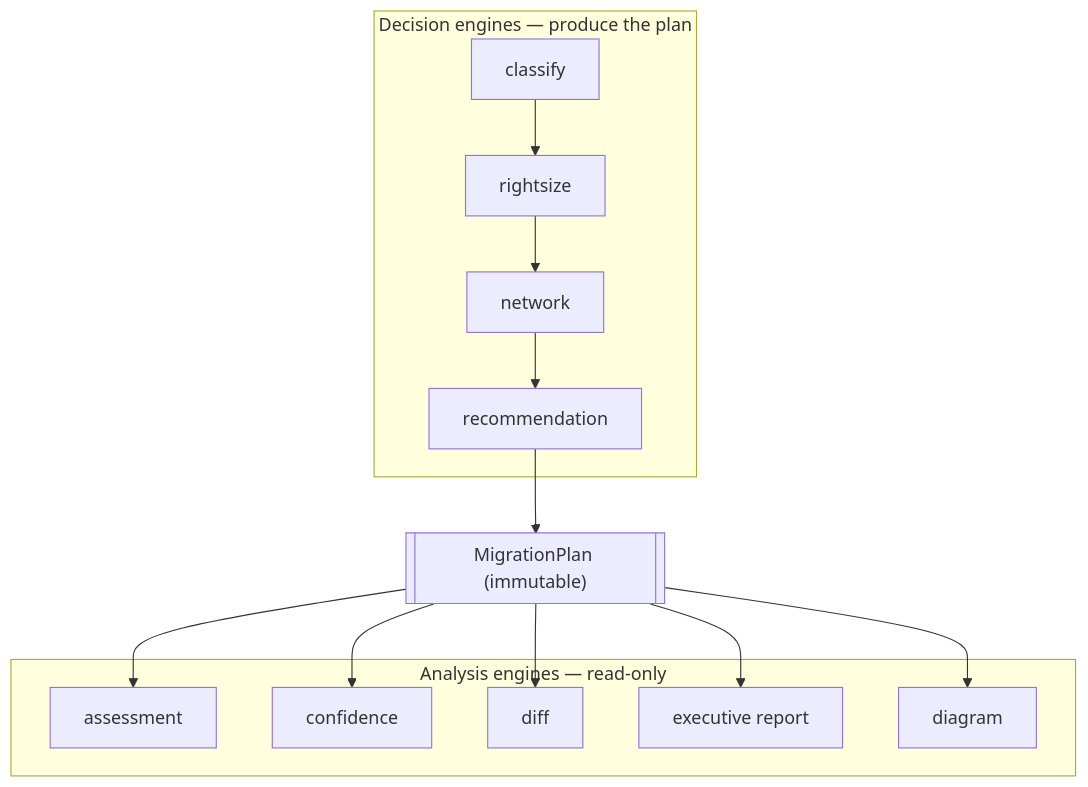
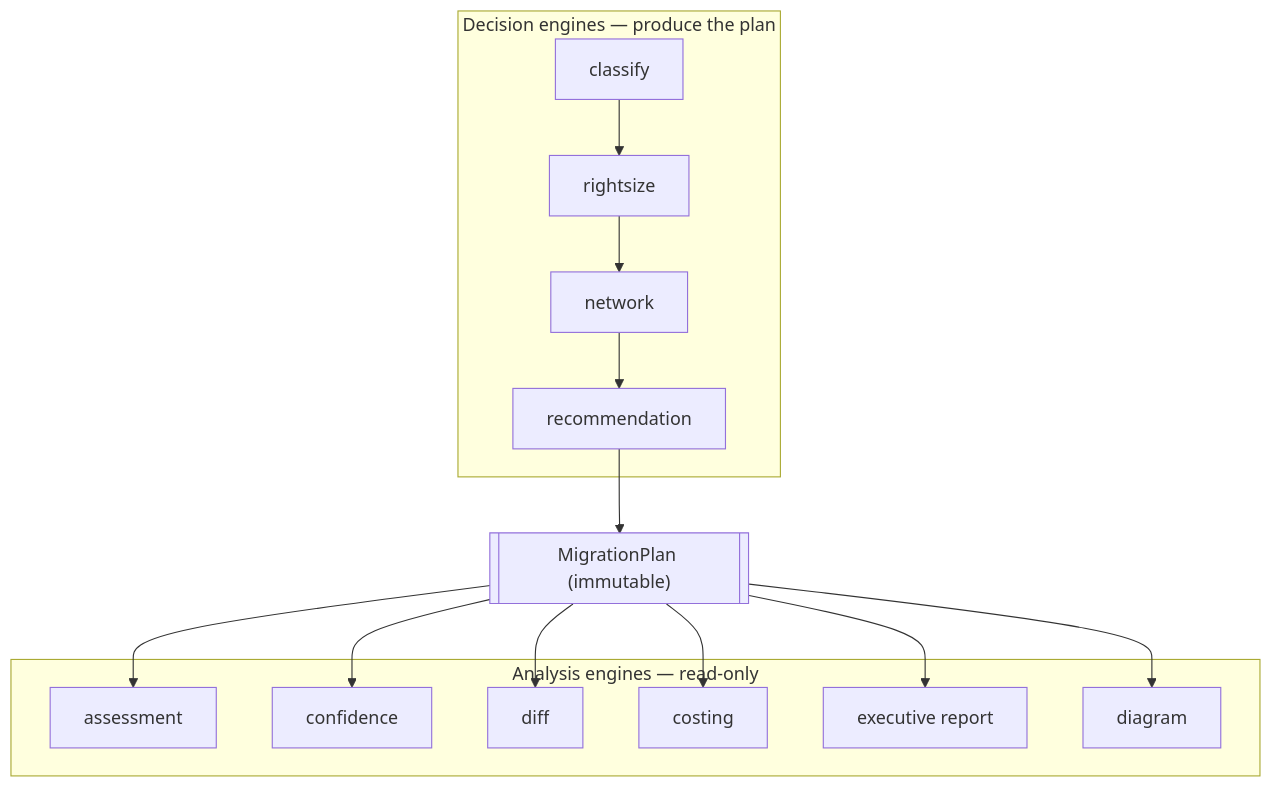
Before and after one commit to Kolanupaka92/iactranslate: the second of 5 diagrams in docs/architecture.md, drawn with Mermaid. The commit also changed other lines of this file and 2 other files, not shown here.

First line of the commit message:
Sort the imports the rename unsorted; document costing in architecture/roadmap

````diff
--- a/docs/architecture.md
+++ b/docs/architecture.md
@@ -143,19 +144,21 @@
 ```mermaid
 flowchart TD
   subgraph Decision["Decision engines — produce the plan"]
     C[classify] --> RS[rightsize] --> NET[network] --> REC[recommendation]
   end
   REC --> PLAN[["MigrationPlan (immutable)"]]
   subgraph Analysis["Analysis engines — read-only"]
     AS[assessment]
     CF[confidence]
     DF[diff]
+    CO[costing]
     ER[executive report]
     DG[diagram]
   end
   PLAN --> AS
   PLAN --> CF
   PLAN --> DF
+  PLAN --> CO
   PLAN --> ER
   PLAN --> DG
 ```
````
